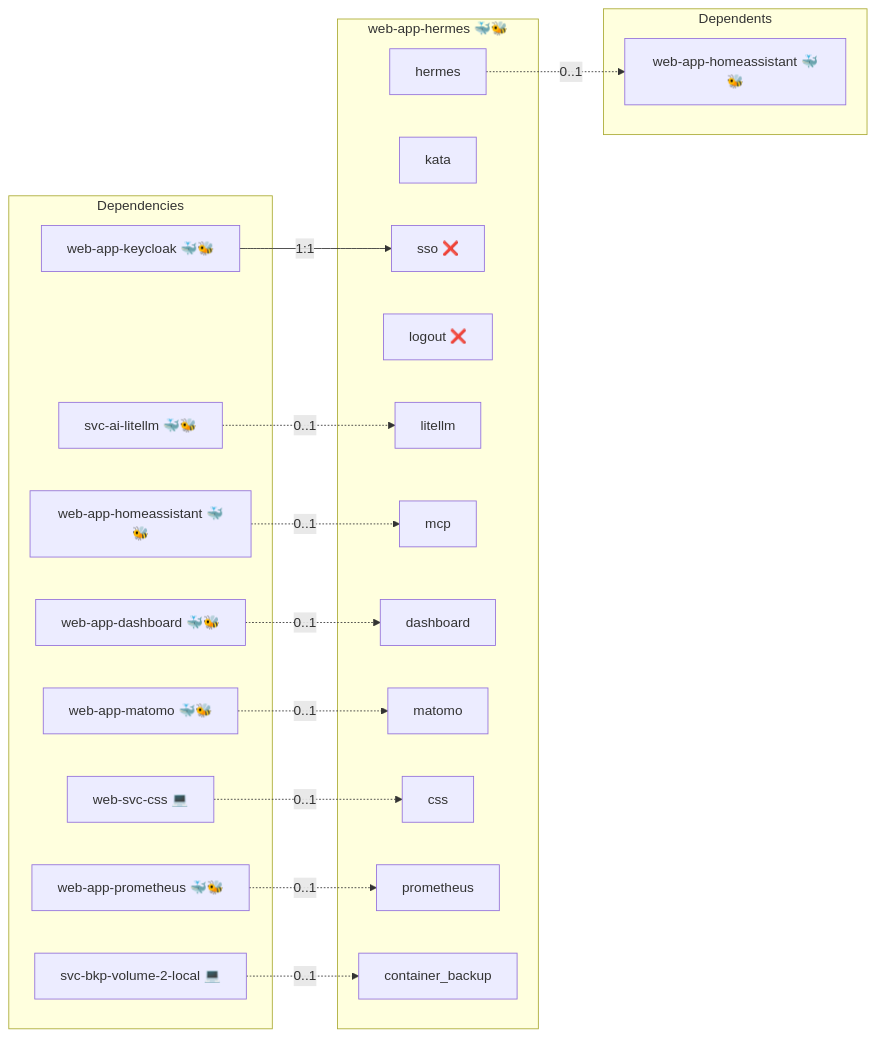
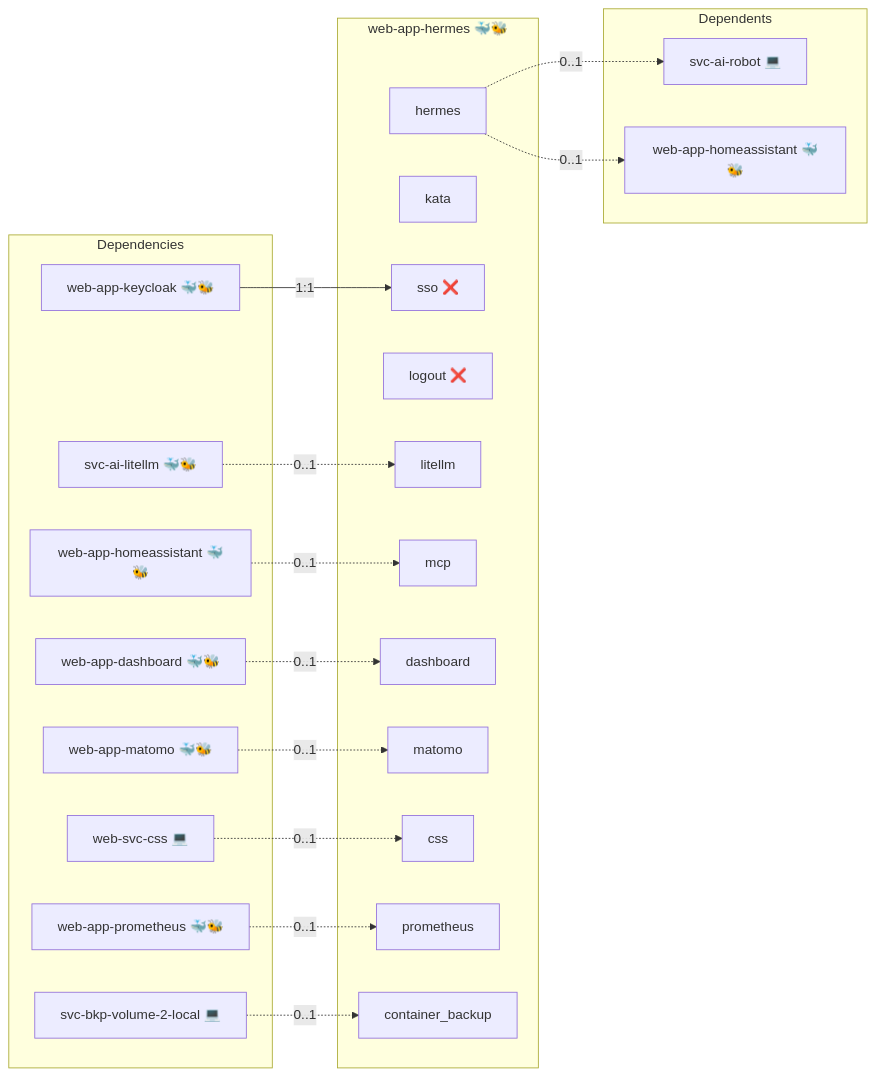
One commit to infinito-nexus/core changed the diagram in roles/web-app-hermes/README.md. Above: the diagram before and after it, drawn with Mermaid. The commit also changed 16 other files, not shown here.

First line of the commit message:
feat(svc-ai-robot): embody an agent on a dedicated device

````diff
--- a/roles/web-app-hermes/README.md
+++ b/roles/web-app-hermes/README.md
@@ -15,38 +15,40 @@
 ```mermaid
 flowchart LR
     subgraph deps [Dependencies]
         dep_svc_ai_litellm["svc-ai-litellm 🐳🐝"]
         dep_svc_bkp_volume_2_local["svc-bkp-volume-2-local 💻"]
         dep_web_app_dashboard["web-app-dashboard 🐳🐝"]
         dep_web_app_homeassistant["web-app-homeassistant 🐳🐝"]
         dep_web_app_keycloak["web-app-keycloak 🐳🐝"]
         dep_web_app_matomo["web-app-matomo 🐳🐝"]
         dep_web_app_prometheus["web-app-prometheus 🐳🐝"]
         dep_web_svc_css["web-svc-css 💻"]
     end
     subgraph role [web-app-hermes 🐳🐝]
         svc_hermes["hermes"]
         svc_kata["kata"]
         svc_sso["sso ❌"]
         svc_logout["logout ❌"]
         svc_litellm["litellm"]
         svc_mcp["mcp"]
         svc_dashboard["dashboard"]
         svc_matomo["matomo"]
         svc_css["css"]
         svc_prometheus["prometheus"]
         svc_container_backup["container_backup"]
     end
     subgraph dependents [Dependents]
+        dpt_svc_ai_robot["svc-ai-robot 💻"]
         dpt_web_app_homeassistant["web-app-homeassistant 🐳🐝"]
     end
     dep_svc_ai_litellm -. "0..1" .-> svc_litellm
     dep_svc_bkp_volume_2_local -. "0..1" .-> svc_container_backup
     dep_web_app_dashboard -. "0..1" .-> svc_dashboard
     dep_web_app_homeassistant -. "0..1" .-> svc_mcp
     dep_web_app_keycloak -- "1:1" --> svc_sso
     dep_web_app_matomo -. "0..1" .-> svc_matomo
     dep_web_app_prometheus -. "0..1" .-> svc_prometheus
     dep_web_svc_css -. "0..1" .-> svc_css
+    svc_hermes -. "0..1" .-> dpt_svc_ai_robot
     svc_hermes -. "0..1" .-> dpt_web_app_homeassistant
 ```
````
